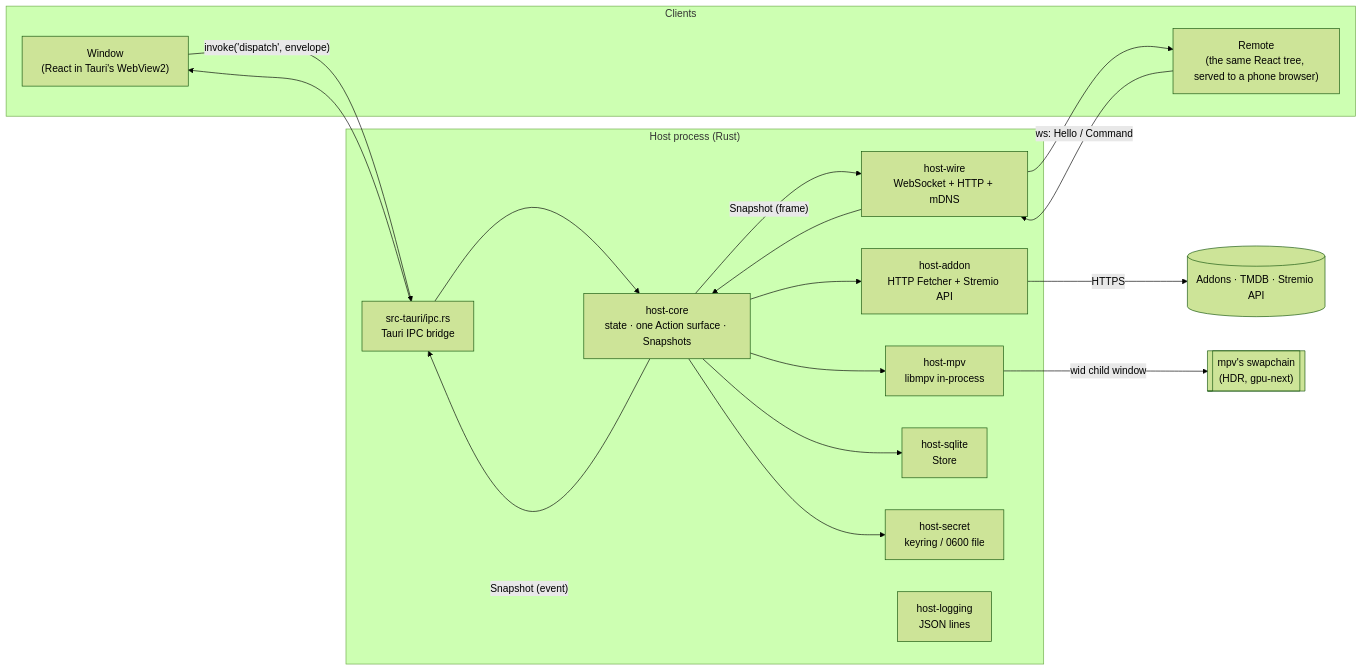
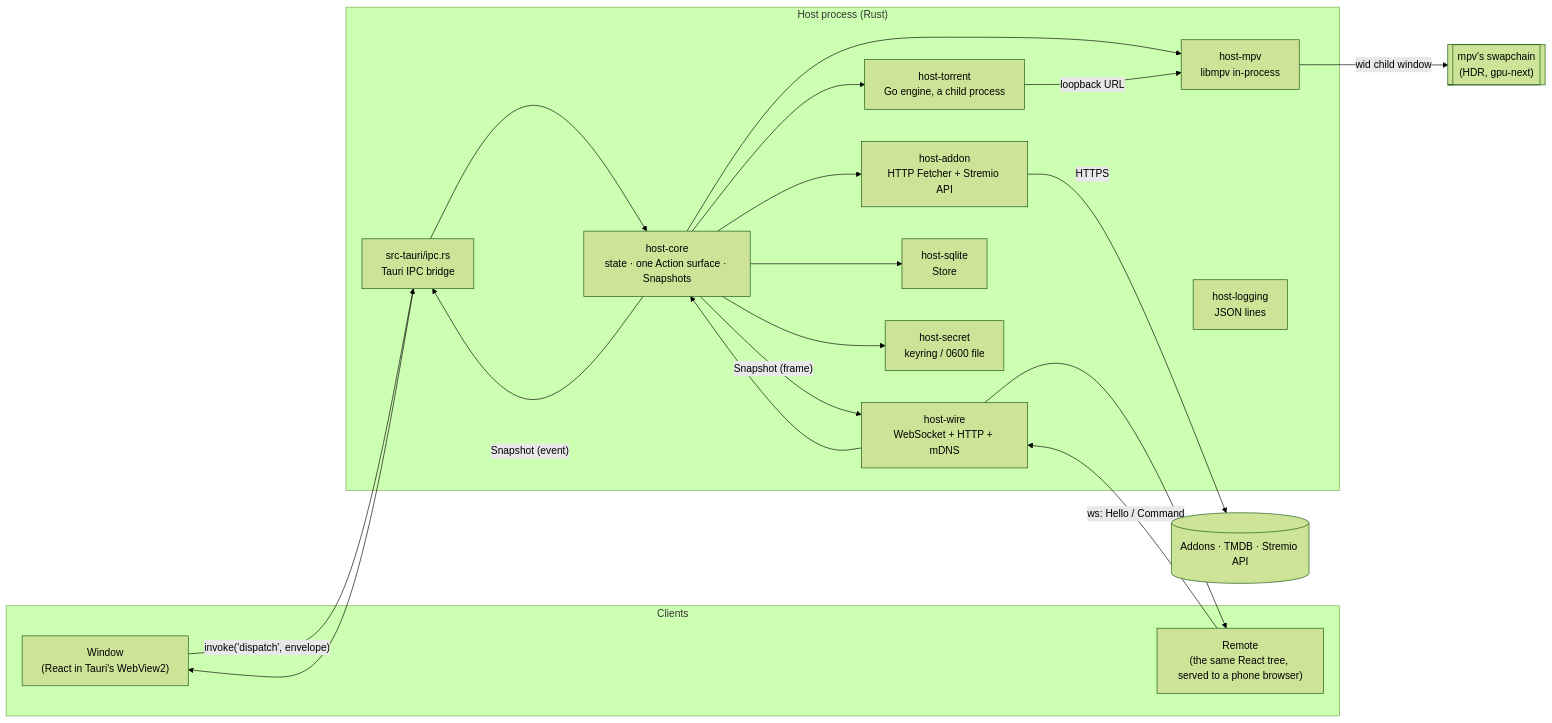
Before and after one commit to MenotiFilho/streamingapp: the diagram in docs/architecture.md, drawn with Mermaid (forest theme). The commit also changed other lines of this file and 22 other files, not shown here.

First line of the commit message:
host-torrent: the Host starts the Go engine, and the installer ships it (#337)

````diff
--- a/docs/architecture.md
+++ b/docs/architecture.md
@@ -21,29 +21,31 @@
 ```mermaid
 flowchart LR
     subgraph Clients
         W["Window<br/>(React in Tauri's WebView2)"]
         R["Remote<br/>(the same React tree, served to a phone browser)"]
     end
 
     subgraph Host["Host process (Rust)"]
         IPC["src-tauri/ipc.rs<br/>Tauri IPC bridge"]
         WIRE["host-wire<br/>WebSocket + HTTP + mDNS"]
         CORE["host-core<br/>state · one Action surface · Snapshots"]
         ADDON["host-addon<br/>HTTP Fetcher + Stremio API"]
         MPV["host-mpv<br/>libmpv in-process"]
+        TOR["host-torrent<br/>Go engine, a child process"]
         SQL["host-sqlite<br/>Store"]
         SEC["host-secret<br/>keyring / 0600 file"]
         LOG["host-logging<br/>JSON lines"]
     end
 
     W -- "invoke('dispatch', envelope)" --> IPC
     R -- "ws: Hello / Command" --> WIRE
     IPC --> CORE
     WIRE --> CORE
     CORE -- "Snapshot (event)" --> IPC --> W
     CORE -- "Snapshot (frame)" --> WIRE --> R
     CORE --> ADDON -->|HTTPS| NET[("Addons · TMDB · Stremio API")]
     CORE --> MPV -->|"wid child window"| SCREEN[["mpv's swapchain<br/>(HDR, gpu-next)"]]
+    CORE --> TOR -->|"loopback URL"| MPV
     CORE --> SQL
     CORE --> SEC
 ```
````
